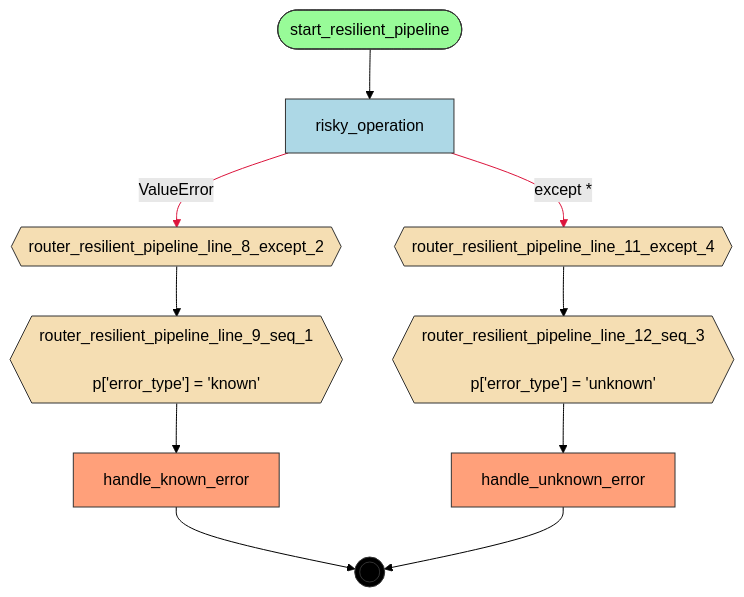
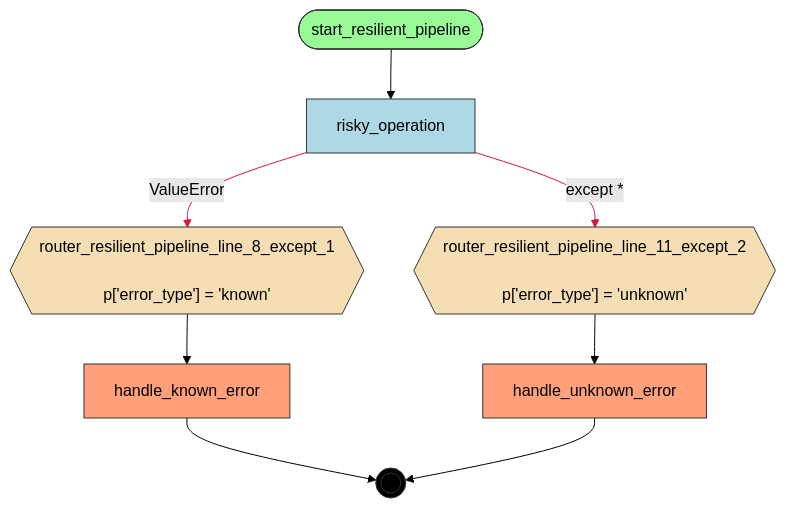
One commit to deliveryhero/asya changed the diagram in examples/flows/compiled/try_except_catch_all/flow.mmd. Above: the diagram before and after it, drawn with Mermaid (forest theme). The commit also changed 139 other files, not shown here.

Commit message:
chore: recompile all flows with int/float types in manifests

```diff
--- a/examples/flows/compiled/try_except_catch_all/flow.mmd
+++ b/examples/flows/compiled/try_except_catch_all/flow.mmd
@@ -1,34 +1,30 @@
 flowchart TD
     %% Flow: resilient_pipeline
 
     handle_known_error[handle_known_error]
     handle_unknown_error[handle_unknown_error]
     risky_operation[risky_operation]
-    router_resilient_pipeline_line_11_except_4{{router_resilient_pipeline_line_11_except_4}}
-    router_resilient_pipeline_line_12_seq_3{{"router_resilient_pipeline_line_12_seq_3<br/><br/>p['error_type'] = 'unknown'"}}
-    router_resilient_pipeline_line_8_except_2{{router_resilient_pipeline_line_8_except_2}}
-    router_resilient_pipeline_line_9_seq_1{{"router_resilient_pipeline_line_9_seq_1<br/><br/>p['error_type'] = 'known'"}}
+    router_resilient_pipeline_line_11_except_2{{"router_resilient_pipeline_line_11_except_2<br/><br/>p['error_type'] = 'unknown'"}}
+    router_resilient_pipeline_line_8_except_1{{"router_resilient_pipeline_line_8_except_1<br/><br/>p['error_type'] = 'known'"}}
     start_resilient_pipeline([start_resilient_pipeline])
     __end__((( )))
 
     start_resilient_pipeline --> risky_operation
-    router_resilient_pipeline_line_9_seq_1 --> handle_known_error
-    router_resilient_pipeline_line_8_except_2 --> router_resilient_pipeline_line_9_seq_1
-    router_resilient_pipeline_line_12_seq_3 --> handle_unknown_error
-    router_resilient_pipeline_line_11_except_4 --> router_resilient_pipeline_line_12_seq_3
-    risky_operation -->|"ValueError"| router_resilient_pipeline_line_8_except_2
-    risky_operation -->|"except *"| router_resilient_pipeline_line_11_except_4
+    router_resilient_pipeline_line_8_except_1 --> handle_known_error
+    router_resilient_pipeline_line_11_except_2 --> handle_unknown_error
+    risky_operation -->|"ValueError"| router_resilient_pipeline_line_8_except_1
+    risky_operation -->|"except *"| router_resilient_pipeline_line_11_except_2
     handle_known_error --> __end__
     handle_unknown_error --> __end__
 
     classDef start fill:#98FB98,stroke:#333
     classDef endnode fill:#FFA07A,stroke:#333
     classDef router fill:#F5DEB3,stroke:#333
     classDef handler fill:#ADD8E6,stroke:#333
     classDef endpoint fill:#000,stroke:#333,color:#fff
     class start_resilient_pipeline start
     class handle_known_error,handle_unknown_error endnode
-    class router_resilient_pipeline_line_11_except_4,router_resilient_pipeline_line_12_seq_3,router_resilient_pipeline_line_8_except_2,router_resilient_pipeline_line_9_seq_1 router
+    class router_resilient_pipeline_line_11_except_2,router_resilient_pipeline_line_8_except_1 router
     class risky_operation handler
     class __end__ endpoint
-    linkStyle 5,6 stroke:#DC143C
+    linkStyle 3,4 stroke:#DC143C
```
